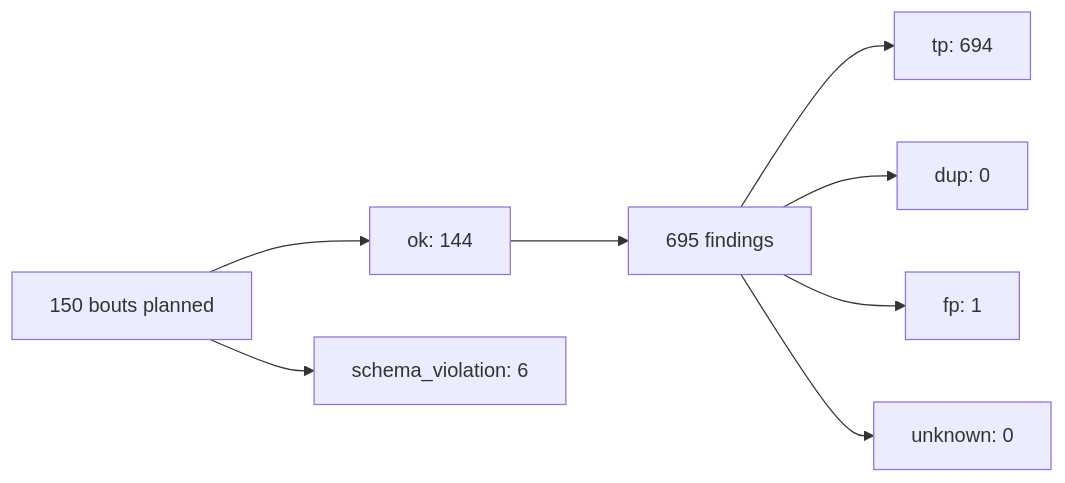
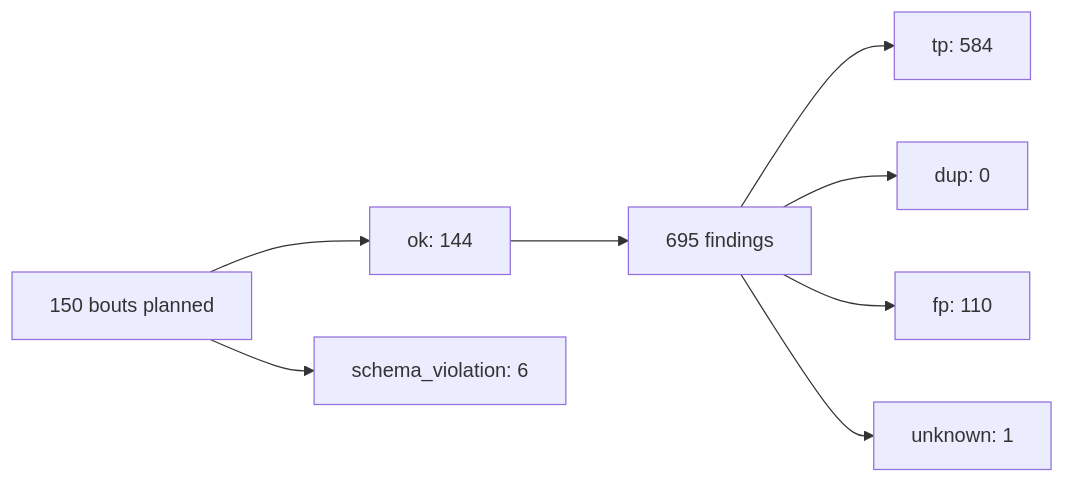
One commit to thereisnotime/skillordeal-trials changed the first of 2 diagrams in trials/2026-09-secure-coding-audit/rounds/r01/RESULTS.md. Above: the diagram before and after it, drawn with Mermaid. The commit also changed other lines of this file and 607 other files, not shown here.

````diff
--- a/trials/2026-09-secure-coding-audit/rounds/r01/RESULTS.md
+++ b/trials/2026-09-secure-coding-audit/rounds/r01/RESULTS.md
@@ -39,18 +40,18 @@
 ```mermaid
 flowchart LR
     n0["150 bouts planned"]
     n1["ok: 144"]
     n0 --> n1
     n2["schema_violation: 6"]
     n0 --> n2
     n3["695 findings"]
     n1 --> n3
-    n4["tp: 694"]
+    n4["tp: 584"]
     n3 --> n4
     n5["dup: 0"]
     n3 --> n5
-    n6["fp: 1"]
+    n6["fp: 110"]
     n3 --> n6
-    n7["unknown: 0"]
+    n7["unknown: 1"]
     n3 --> n7
 ```
````
